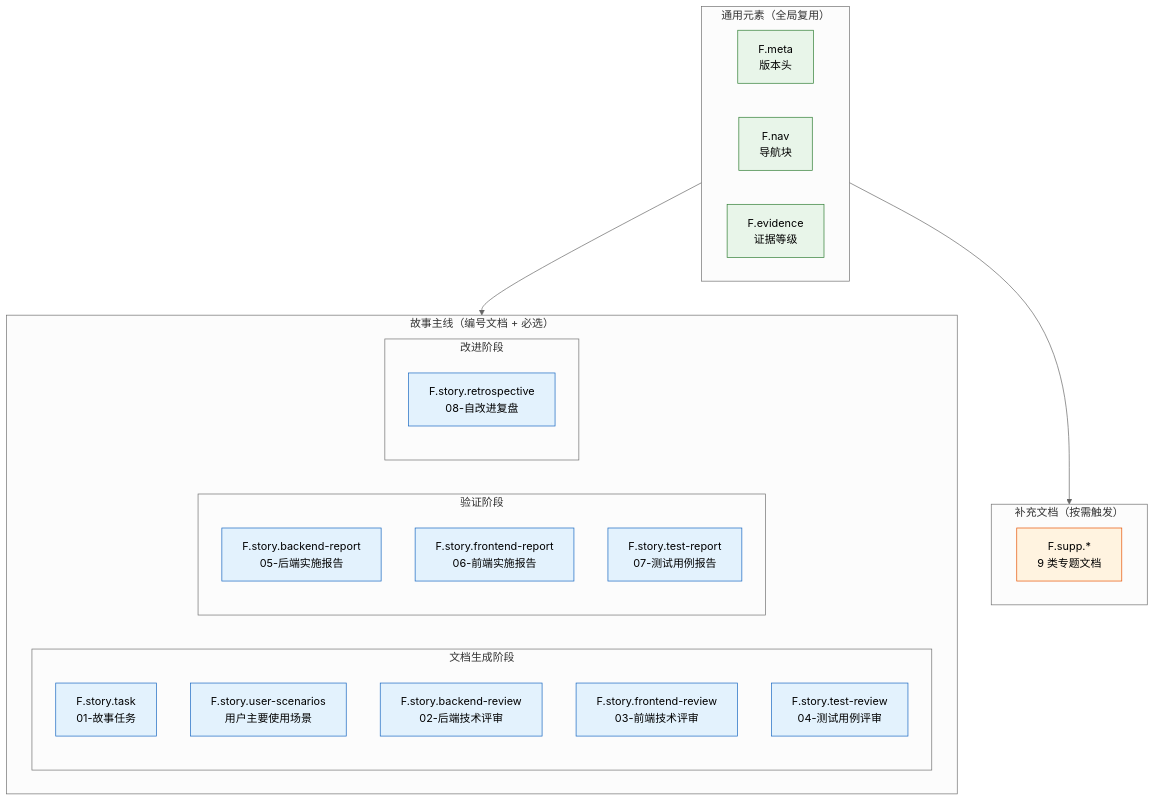
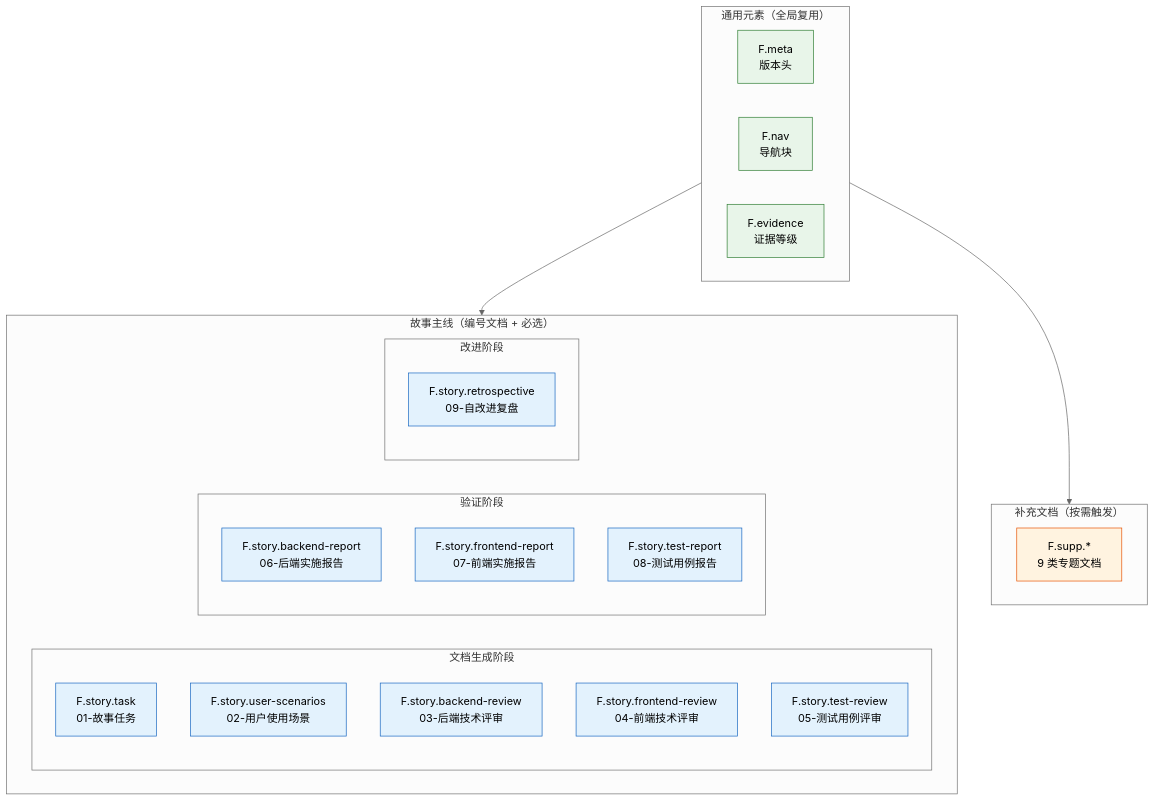
The first of 12 diagrams in skills/rui/formulas.md (effiy/YrY), drawn with Mermaid (neutral theme) before and after one commit. The commit also changed other lines of this file and 11 other files, not shown here.

````diff
--- a/skills/rui/formulas.md
+++ b/skills/rui/formulas.md
@@ -5,40 +5,40 @@
 ```mermaid
 flowchart TB
     subgraph 通用["通用元素（全局复用）"]
         F.meta["F.meta<br/>版本头"]
         F.nav["F.nav<br/>导航块"]
         F.evidence["F.evidence<br/>证据等级"]
     end
 
     subgraph 主线["故事主线（编号文档 + 必选）"]
         subgraph 生成["文档生成阶段"]
             F01["F.story.task<br/>01-故事任务"]
-            F_US["F.story.user-scenarios<br/>用户主要使用场景"]
-            F02["F.story.backend-review<br/>02-后端技术评审"]
-            F03["F.story.frontend-review<br/>03-前端技术评审"]
-            F04["F.story.test-review<br/>04-测试用例评审"]
+            F02["F.story.user-scenarios<br/>02-用户使用场景"]
+            F03["F.story.backend-review<br/>03-后端技术评审"]
+            F04["F.story.frontend-review<br/>04-前端技术评审"]
+            F05["F.story.test-review<br/>05-测试用例评审"]
         end
         subgraph 验证["验证阶段"]
-            F05["F.story.backend-report<br/>05-后端实施报告"]
-            F06["F.story.frontend-report<br/>06-前端实施报告"]
-            F07["F.story.test-report<br/>07-测试用例报告"]
+            F06["F.story.backend-report<br/>06-后端实施报告"]
+            F07["F.story.frontend-report<br/>07-前端实施报告"]
+            F08["F.story.test-report<br/>08-测试用例报告"]
         end
         subgraph 改进["改进阶段"]
-            F08["F.story.retrospective<br/>08-自改进复盘"]
+            F09["F.story.retrospective<br/>09-自改进复盘"]
         end
     end
 
     subgraph 补充["补充文档（按需触发）"]
         FS["F.supp.*<br/>9 类专题文档"]
     end
 
     通用 --> 主线
     通用 --> 补充
 
     classDef gen fill:#e8f5e9,stroke:#2e7d32;
     classDef story fill:#e3f2fd,stroke:#1565c0;
     classDef supp fill:#fff3e0,stroke:#e65100;
     class F.meta,F.nav,F.evidence gen;
-    class F01,F_US,F02,F03,F04,F05,F06,F07,F08 story;
+    class F01,F02,F03,F04,F05,F06,F07,F08,F09 story;
     class FS supp;
 ```
````
